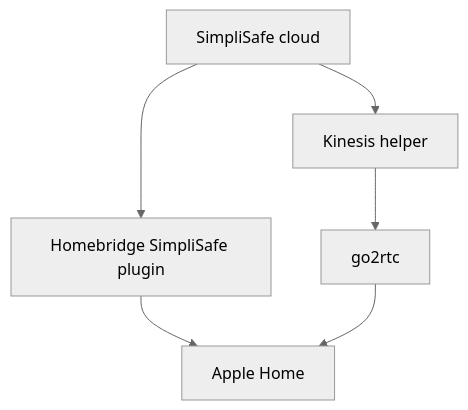
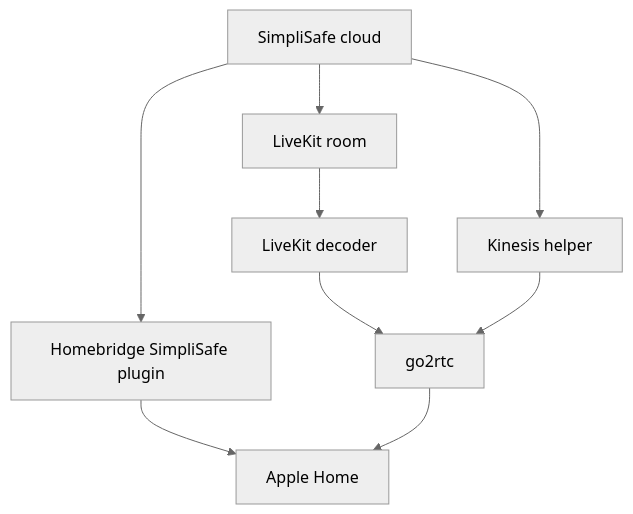
One commit to jarvisryan/simplisafe-apple-home-bridge changed the diagram in docs/architecture.md. Above: the diagram before and after it, drawn with Mermaid (neutral theme). The commit also changed other lines of this file and 21 other files, not shown here.

````diff
--- a/docs/architecture.md
+++ b/docs/architecture.md
@@ -3,8 +3,11 @@
 ```mermaid
 flowchart TD
     SS["SimpliSafe cloud"] --> HB["Homebridge SimpliSafe plugin"]
+    SS --> LK["LiveKit room"]
+    LK --> LKB["LiveKit decoder"]
+    LKB --> G2["go2rtc"]
     SS --> KVS["Kinesis helper"]
-    KVS --> G2["go2rtc"]
+    KVS --> G2
     HB --> AH["Apple Home"]
     G2 --> AH
 ```
````
